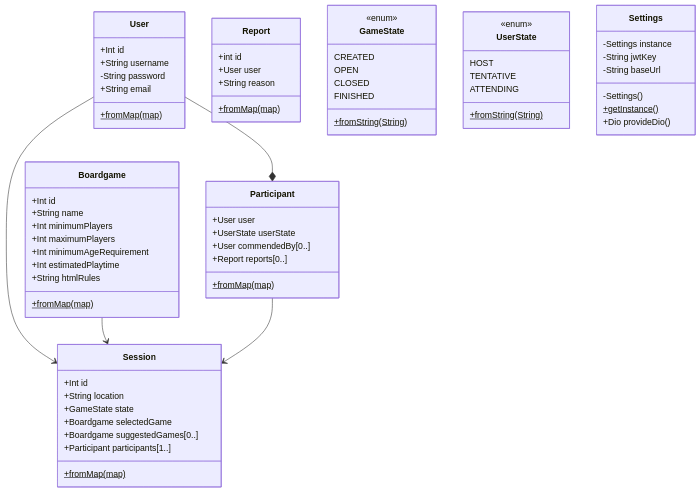
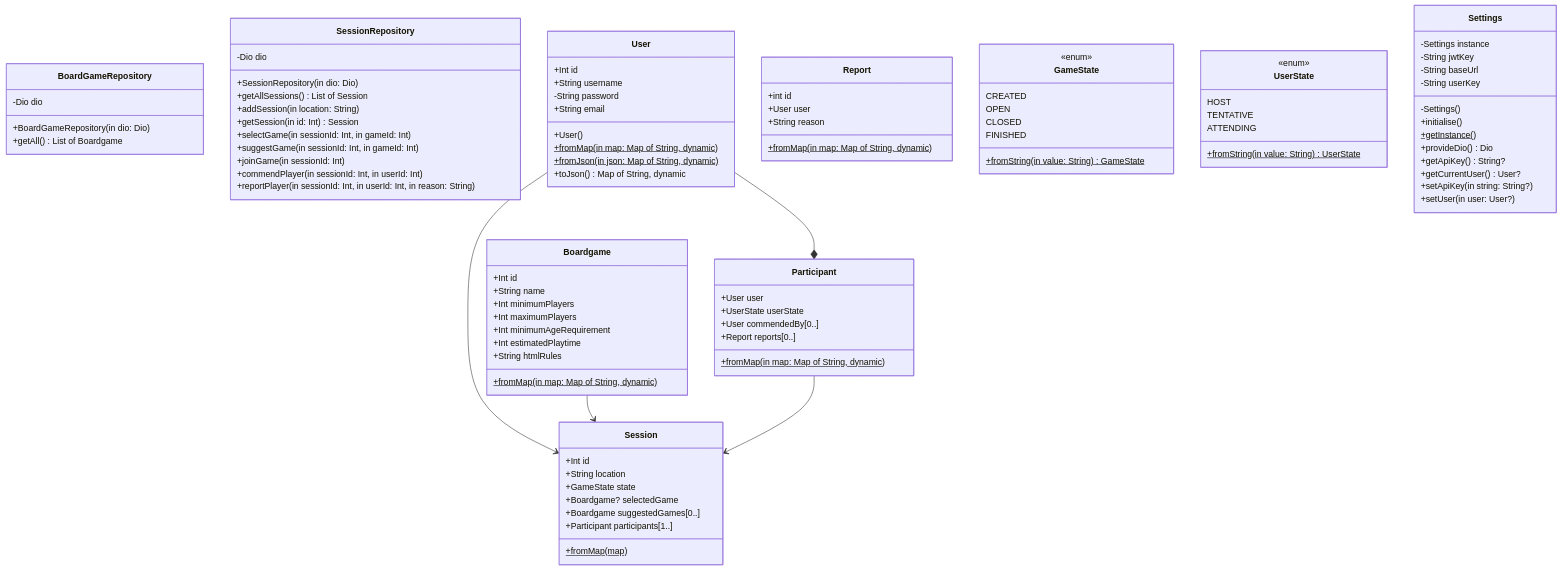
The diagram in diagrams/front_class_diagram.md (Ionnier/proiect-amss), drawn with Mermaid before and after one commit. The commit also changed 1 other file, not shown here.

Commit message:
Finish Class Diagram

````diff
--- a/diagrams/front_class_diagram.md
+++ b/diagrams/front_class_diagram.md
@@ -2,11 +2,33 @@
 ```mermaid
 classDiagram
+    class BoardGameRepository {
+      -Dio dio
+      +BoardGameRepository(in dio: Dio)
+      +getAll() List of Boardgame
+    }
+
+    class SessionRepository {
+      -Dio dio
+      +SessionRepository(in dio: Dio)
+      +getAllSessions() List of Session
+      +addSession(in location: String)
+      +getSession(in id: Int) Session
+      +selectGame(in sessionId: Int, in gameId: Int)
+      +suggestGame(in sessionId: Int, in gameId: Int)
+      +joinGame(in sessionId: Int)
+      +commendPlayer(in sessionId: Int, in userId: Int)
+      +reportPlayer(in sessionId: Int, in userId: Int, in reason: String) 
+    }
+
     class User{
       +Int id
       +String username
       -String password
       +String email
-      +fromMap(map)$
+      +User()
+      +fromMap(in map: Map of String, dynamic)$
+      +fromJson(in json: Map of String, dynamic)$
+      +toJson() Map of String, dynamic
     }
     class Boardgame {
       +Int id
@@ -16,14 +38,14 @@
       +Int minimumAgeRequirement
       +Int estimatedPlaytime
       +String htmlRules
-      +fromMap(map)$
+      +fromMap(in map: Map of String, dynamic)$
     }
 
     class Session {
       +Int id
       +String location
       +GameState state
-      +Boardgame selectedGame
+      +Boardgame? selectedGame
       +Boardgame suggestedGames[0..]
       +Participant participants[1..]
       +fromMap(map)$
@@ -34,7 +56,7 @@
         +UserState userState
         +User commendedBy[0..]
         +Report reports[0..]
-        +fromMap(map)$
+        +fromMap(in map: Map of String, dynamic)$
     }
 
     User --* Participant
@@ -47,7 +69,7 @@
         +int id
         +User user
         +String reason
-        +fromMap(map)$
+        +fromMap(in map: Map of String, dynamic)$
     }
 
     class GameState {
@@ -55,14 +77,14 @@
         OPEN
         CLOSED
         FINISHED
-        +fromString(String)$
+        +fromString(in value: String) GameState$
     }
 
     class UserState {
         HOST
         TENTATIVE
         ATTENDING
-        +fromString(String)$
+        +fromString(in value: String) UserState$
     }
     <<enum>> UserState
     <<enum>> GameState
@@ -71,8 +93,14 @@
       -Settings instance
       -String jwtKey
       -String baseUrl
+      -String userKey
       -Settings()
+      +initialise()
       +getInstance()$
-      +Dio provideDio()
+      +provideDio() Dio
+      +getApiKey() String?
+      +getCurrentUser() User?
+      +setApiKey(in string: String?)
+      +setUser(in user: User?)
     }
 ```
````
